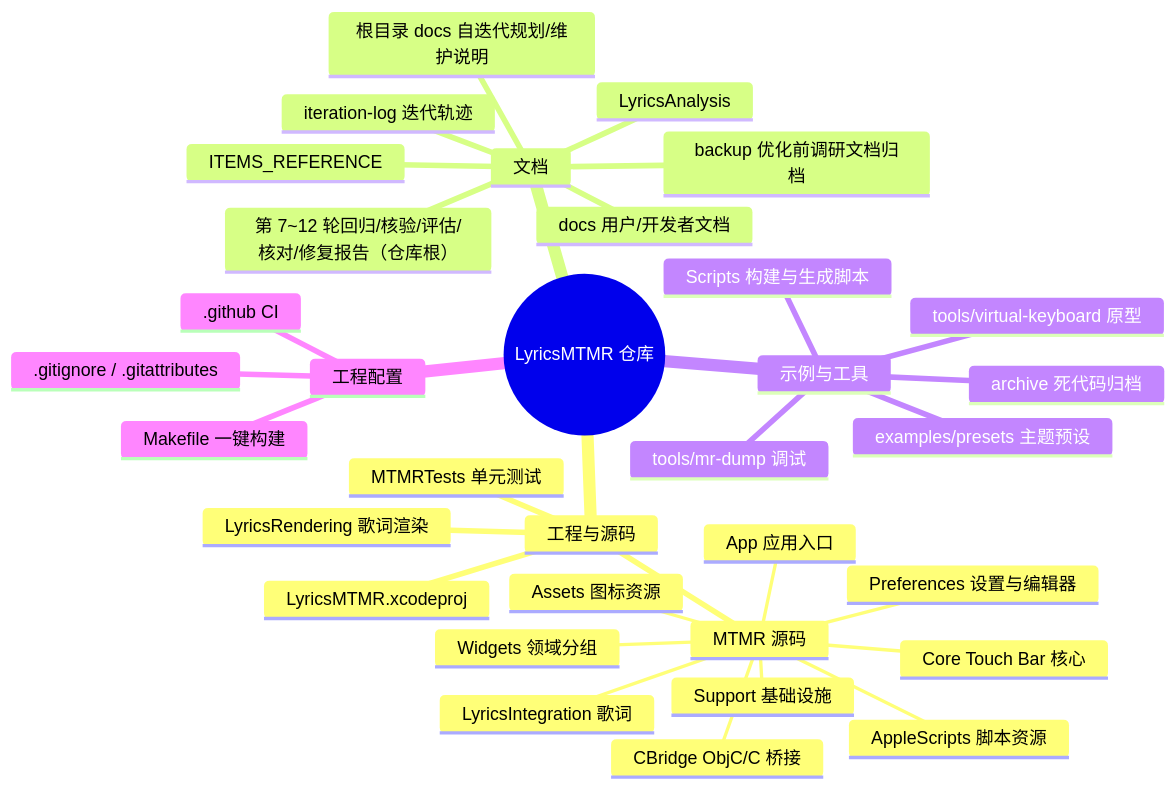
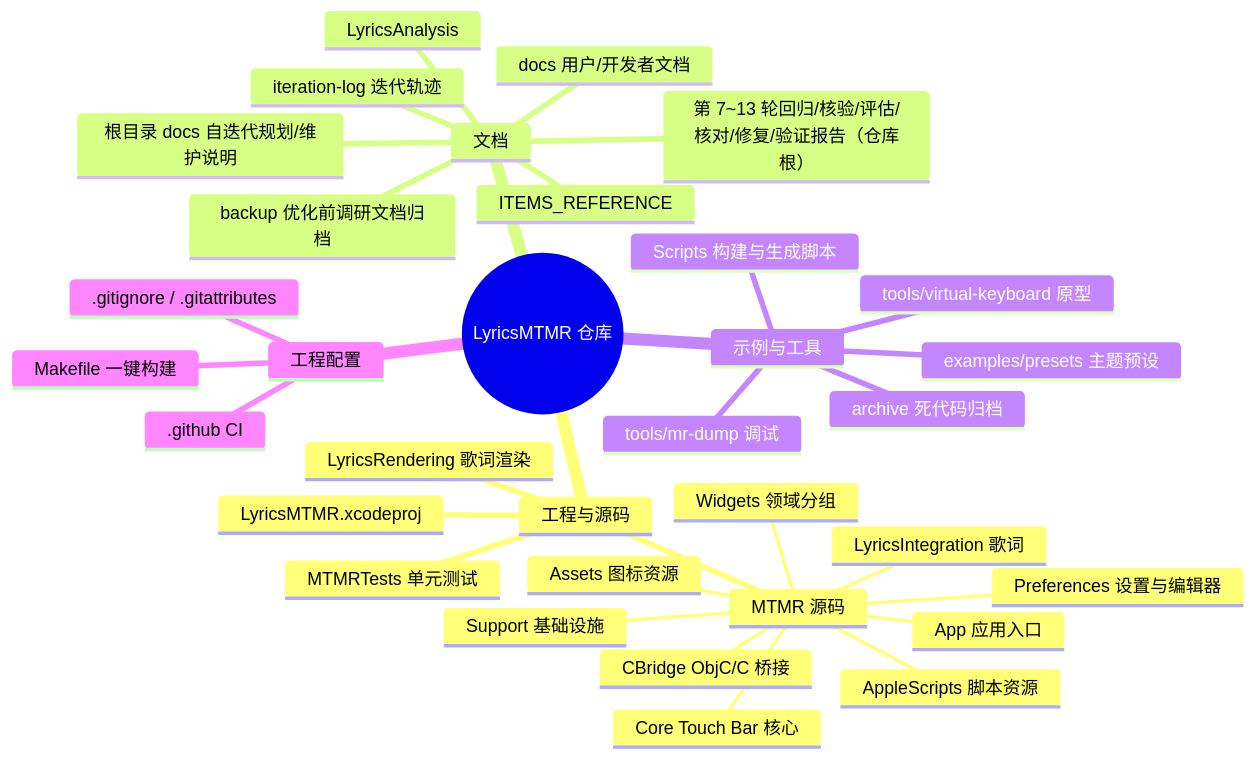
Before and after one commit to Tangzishun-Li/LyricsMTMR: the first of 2 diagrams in LyricsMTMR/docs/file-structure.zh.md, drawn with Mermaid. The commit also changed other lines of this file and 7 other files, not shown here.

````diff
--- a/LyricsMTMR/docs/file-structure.zh.md
+++ b/LyricsMTMR/docs/file-structure.zh.md
@@ -10,36 +10,36 @@
 ```mermaid
 mindmap
   root((LyricsMTMR 仓库))
     工程与源码
       LyricsMTMR.xcodeproj
       MTMR 源码
         App 应用入口
         Core Touch Bar 核心
         Support 基础设施
         Widgets 领域分组
         Preferences 设置与编辑器
         LyricsIntegration 歌词
         CBridge ObjC/C 桥接
         AppleScripts 脚本资源
         Assets 图标资源
       LyricsRendering 歌词渲染
       MTMRTests 单元测试
     文档
       docs 用户/开发者文档
       ITEMS_REFERENCE
       LyricsAnalysis
       backup 优化前调研文档归档
       iteration-log 迭代轨迹
       根目录 docs 自迭代规划/维护说明
-      第 7~12 轮回归/核验/评估/核对/修复报告（仓库根）
+      第 7~13 轮回归/核验/评估/核对/修复/验证报告（仓库根）
     示例与工具
       examples/presets 主题预设
       tools/mr-dump 调试
       tools/virtual-keyboard 原型
       Scripts 构建与生成脚本
       archive 死代码归档
     工程配置
       .github CI
       .gitignore / .gitattributes
       Makefile 一键构建
 ```
````
